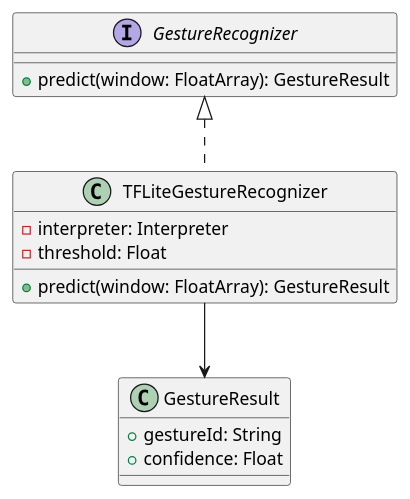
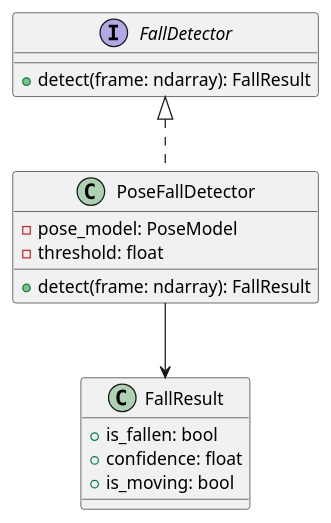
The diagram in CLAUDE.md (W-tch0ut/watchout), drawn with PlantUML before and after one commit. The commit also changed other lines of this file, not shown here.

````diff
--- a/CLAUDE.md
+++ b/CLAUDE.md
@@ -66,19 +85,20 @@
 ```plantuml
-' 예시: docs/uml/gesture-recognizer.puml
+' 예시: docs/uml/fall-detector.puml
 @startuml
-interface GestureRecognizer {
-    + predict(window: FloatArray): GestureResult
+interface FallDetector {
+    + detect(frame: ndarray): FallResult
 }
-class TFLiteGestureRecognizer {
-    - interpreter: Interpreter
-    - threshold: Float
-    + predict(window: FloatArray): GestureResult
+class PoseFallDetector {
+    - pose_model: PoseModel
+    - threshold: float
+    + detect(frame: ndarray): FallResult
 }
-class GestureResult {
-    + gestureId: String
-    + confidence: Float
+class FallResult {
+    + is_fallen: bool
+    + confidence: float
+    + is_moving: bool
 }
-GestureRecognizer <|.. TFLiteGestureRecognizer
-TFLiteGestureRecognizer --> GestureResult
+FallDetector <|.. PoseFallDetector
+PoseFallDetector --> FallResult
 @enduml
 ```
````
